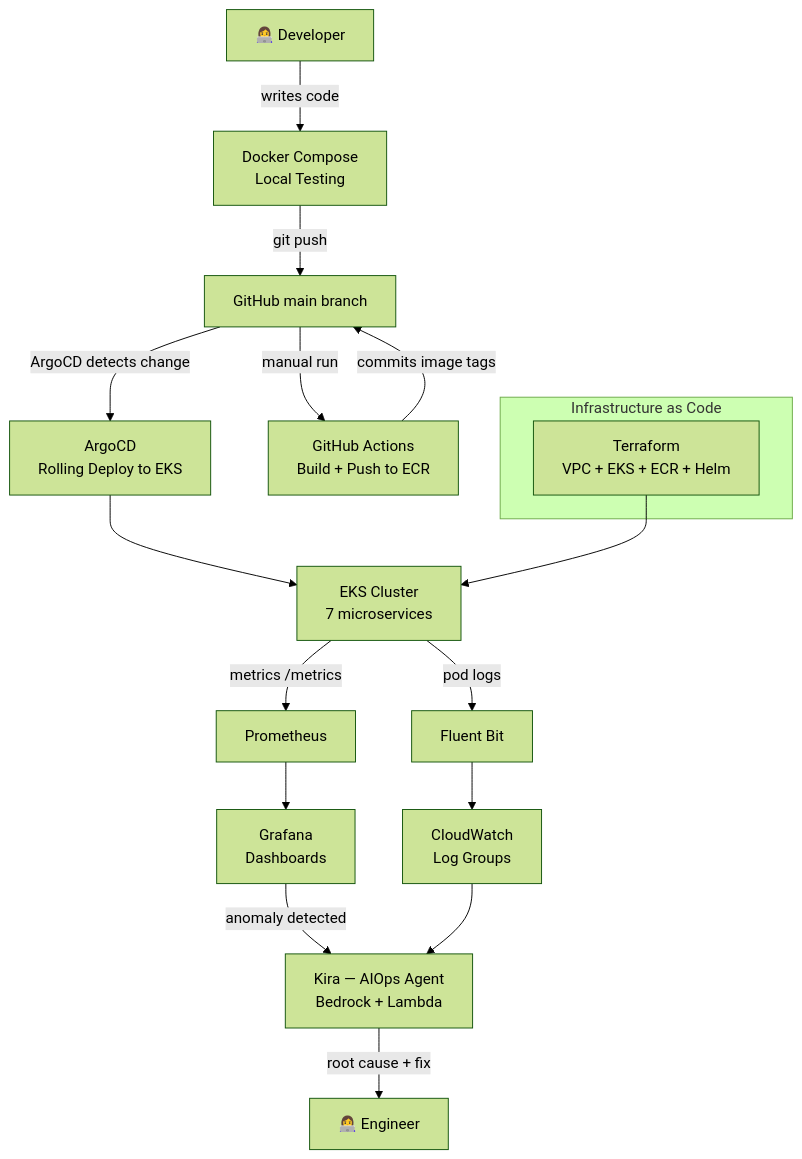
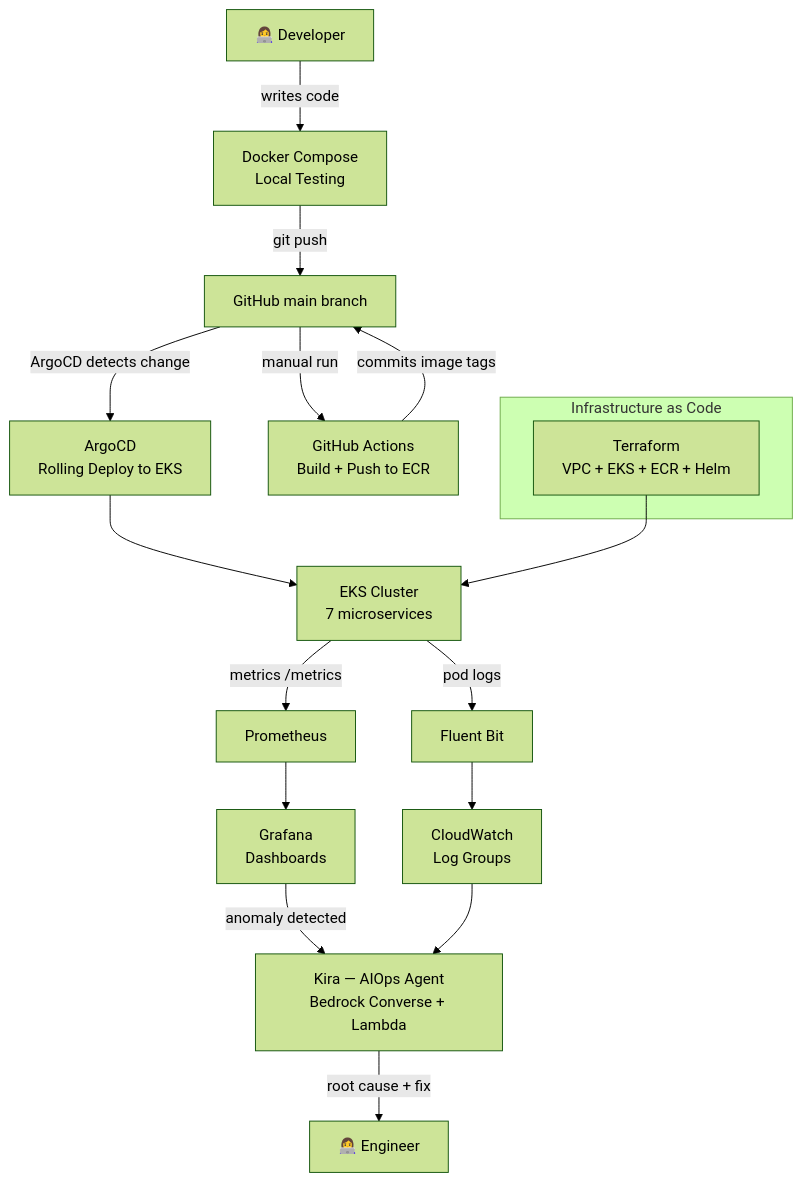
One commit to ramirez1968/devops-ai-playbook changed the tenth of 10 diagrams in docs/part2-workflow.md. Above: the diagram before and after it, drawn with Mermaid (forest theme). The commit also changed other lines of this file and 15 other files, not shown here.

First line of the commit message:
feat(kira): AIOps agent on Bedrock Converse, private Prometheus access (Stage 7)

````diff
--- a/docs/part2-workflow.md
+++ b/docs/part2-workflow.md
@@ -298,21 +298,21 @@
 ```mermaid
 flowchart TD
     Dev[👩‍💻 Developer] -->|writes code| Local[Docker Compose\nLocal Testing]
     Local -->|git push| GH[GitHub main branch]
     GH -->|manual run| CI[GitHub Actions\nBuild + Push to ECR]
     CI -->|commits image tags| GH
     GH -->|ArgoCD detects change| Argo[ArgoCD\nRolling Deploy to EKS]
     Argo --> EKS[EKS Cluster\n7 microservices]
     EKS -->|metrics /metrics| Prom[Prometheus]
     EKS -->|pod logs| FB[Fluent Bit]
     Prom --> Grafana[Grafana\nDashboards]
     FB --> CW[CloudWatch\nLog Groups]
-    Grafana -->|anomaly detected| Kira[Kira — AIOps Agent\nBedrock + Lambda]
+    Grafana -->|anomaly detected| Kira[Kira — AIOps Agent\nBedrock Converse + Lambda]
     CW --> Kira
     Kira -->|root cause + fix| Eng[👩‍💻 Engineer]
 
     subgraph IaC [Infrastructure as Code]
         TF[Terraform\nVPC + EKS + ECR + Helm]
     end
     TF --> EKS
 ```
````
